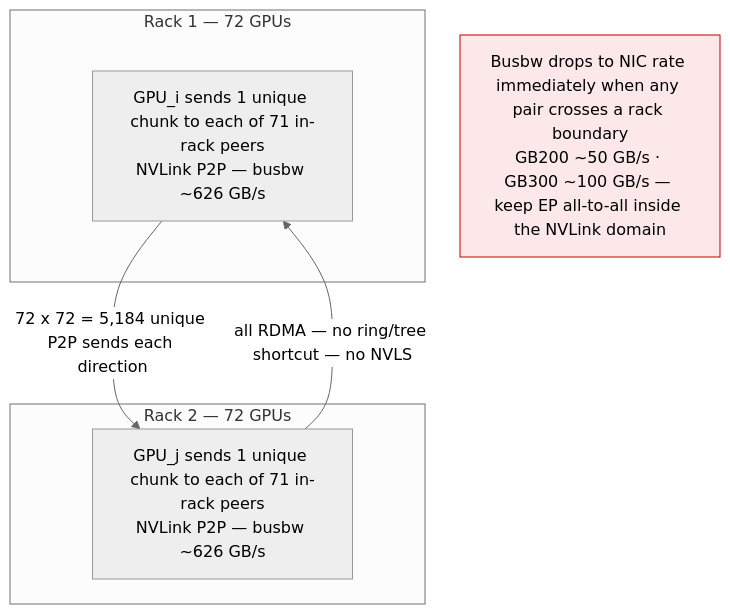
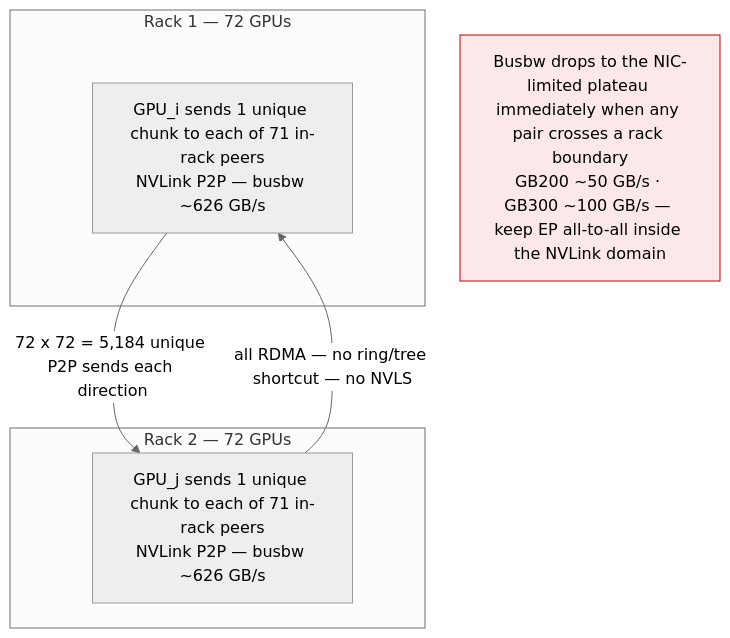
Before and after one commit to dfwguy/validation: the sixth of 9 diagrams in nvl72.md, drawn with Mermaid (neutral theme). The commit also changed other lines of this file, not shown here.

First line of the commit message:
Tighten NVL72 transport/busbw terminology and fix data-flow numbers

````diff
--- a/nvl72.md
+++ b/nvl72.md
@@ -285,13 +285,13 @@
 ```mermaid
 flowchart TB
     subgraph R1["Rack 1 — 72 GPUs"]
-        A1["GPU_i sends 1 unique chunk to each of 71 in-rack peers\nNVLink P2P — busbw ~626 GB/s"]
+        A1["GPU_i sends 1 unique chunk to each of 71 in-rack peers<br/>NVLink P2P — busbw ~626 GB/s"]
     end
     subgraph R2["Rack 2 — 72 GPUs"]
-        A2["GPU_j sends 1 unique chunk to each of 71 in-rack peers\nNVLink P2P — busbw ~626 GB/s"]
+        A2["GPU_j sends 1 unique chunk to each of 71 in-rack peers<br/>NVLink P2P — busbw ~626 GB/s"]
     end
     A1 -->|"72 x 72 = 5,184 unique P2P sends each direction"| A2
     A2 -->|"all RDMA — no ring/tree shortcut — no NVLS"| A1
-    BWKEY2["Busbw drops to NIC rate immediately when any pair crosses a rack boundary\nGB200 ~50 GB/s · GB300 ~100 GB/s — keep EP all-to-all inside the NVLink domain"]
+    BWKEY2["Busbw drops to the NIC-limited plateau immediately when any pair crosses a rack boundary<br/>GB200 ~50 GB/s · GB300 ~100 GB/s — keep EP all-to-all inside the NVLink domain"]
     style BWKEY2 fill:#fce8e8,stroke:#c00000
 ```
````
